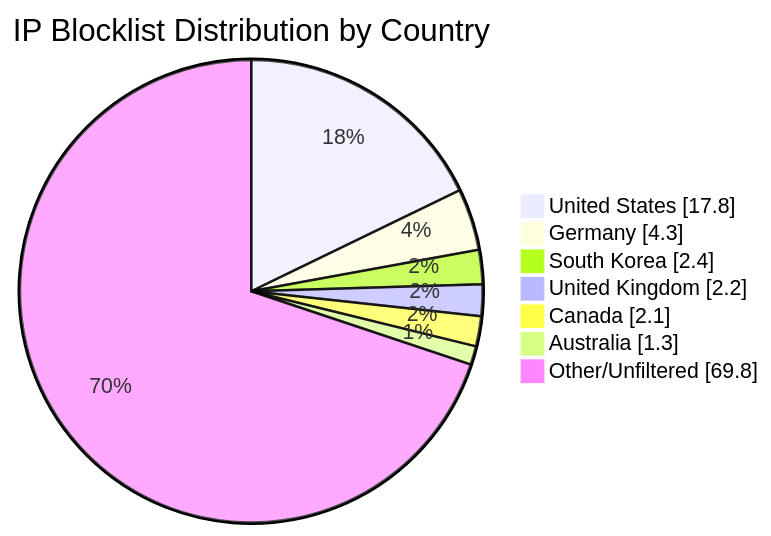
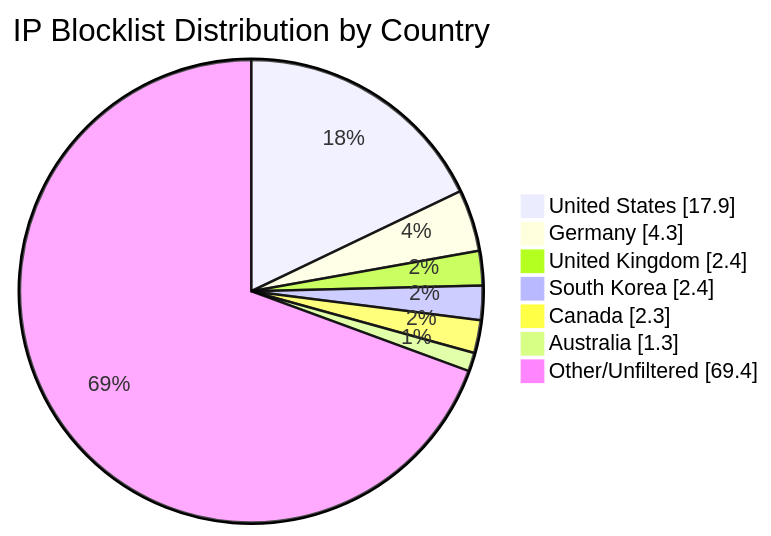
The diagram in README.md (MarcusHoltz/ipblocklist-geofiltered-aggregator), drawn with Mermaid before and after one commit. The commit also changed other lines of this file and 9 other files, not shown here.

````diff
--- a/README.md
+++ b/README.md
@@ -34,10 +34,10 @@
 ```mermaid
 pie showData title IP Blocklist Distribution by Country
-"United States" : 17.8
+"United States" : 17.9
 "Germany" : 4.3
+"United Kingdom" : 2.4
 "South Korea" : 2.4
-"United Kingdom" : 2.2
-"Canada" : 2.1
+"Canada" : 2.3
 "Australia" : 1.3
-"Other/Unfiltered" : 69.8
+"Other/Unfiltered" : 69.4
 ```
````
